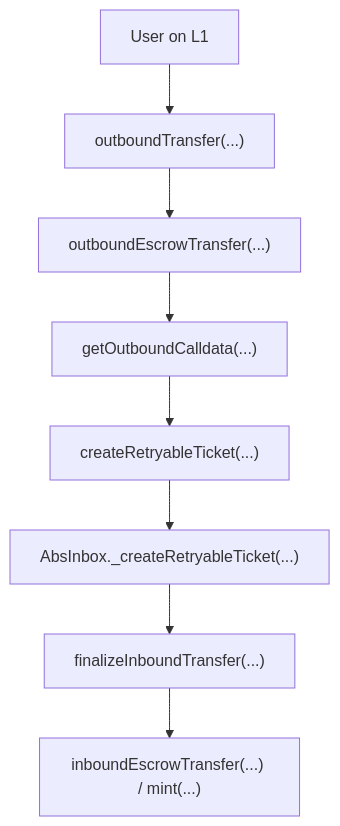
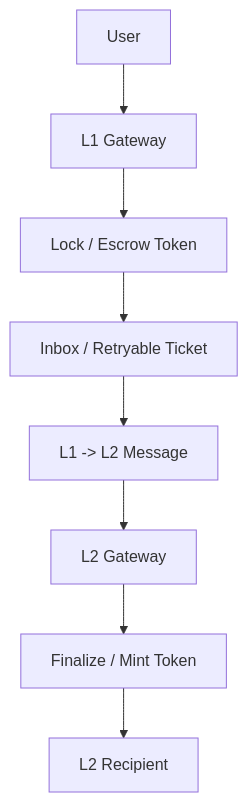
The first of 2 diagrams in README.md (Keedz1Off/arbitrum-bridge-flow-local-review-ru), drawn with Mermaid before and after one commit. The commit also changed other lines of this file and 19 other files, not shown here.

````diff
--- a/README.md
+++ b/README.md
@@ -32,10 +57,10 @@
 ```mermaid
 flowchart TD
-    A["User on L1"] --> B["outboundTransfer(...)"]
-    B --> C["outboundEscrowTransfer(...)"]
-    C --> D["getOutboundCalldata(...)"]
-    D --> E["createRetryableTicket(...)"]
-    E --> F["AbsInbox._createRetryableTicket(...)"]
-    F --> G["finalizeInboundTransfer(...)"]
-    G --> H["inboundEscrowTransfer(...) / mint(...)"]
+    A["User"] --> B["L1 Gateway"]
+    B --> C["Lock / Escrow Token"]
+    C --> D["Inbox / Retryable Ticket"]
+    D --> E["L1 -> L2 Message"]
+    E --> F["L2 Gateway"]
+    F --> G["Finalize / Mint Token"]
+    G --> H["L2 Recipient"]
 ```
````
